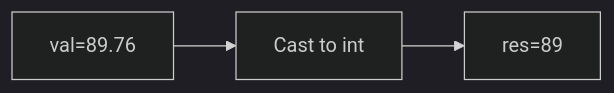
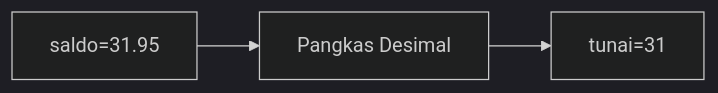
Before and after one commit to amnahwaida/OSNK_INF_PREP: the seventh of 25 diagrams in part-c-pemahaman-cpp/01-tipe-data/latihan/set-12.md, drawn with Mermaid (dark theme). The commit also changed other lines of this file and 71 other files, not shown here.

````diff
--- a/part-c-pemahaman-cpp/01-tipe-data/latihan/set-12.md
+++ b/part-c-pemahaman-cpp/01-tipe-data/latihan/set-12.md
@@ -185,5 +192,5 @@
 ```mermaid
 graph LR
-A["val=89.76"] --> B["Cast to int"]
-B --> C["res=89"]
+A["saldo=31.95"] --> B["Pangkas Desimal"]
+B --> C["tunai=31"]
 ```
````
